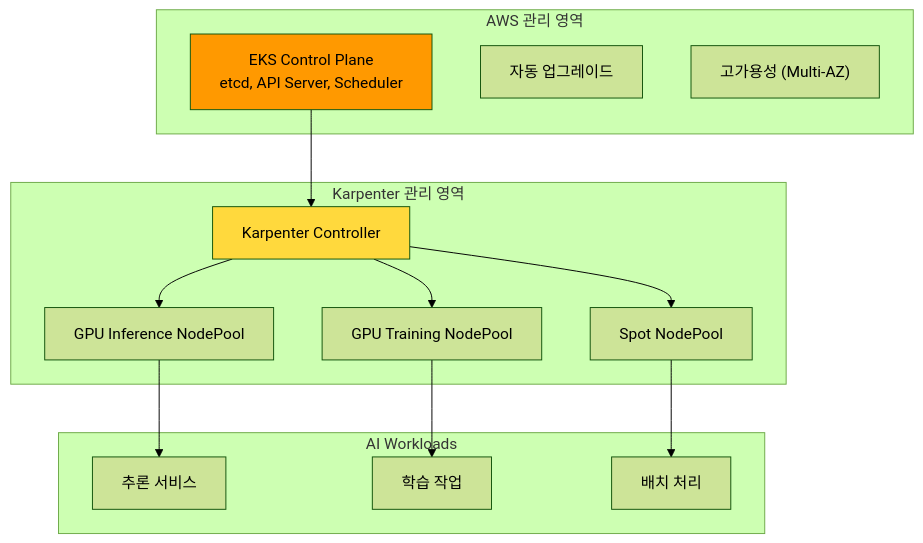
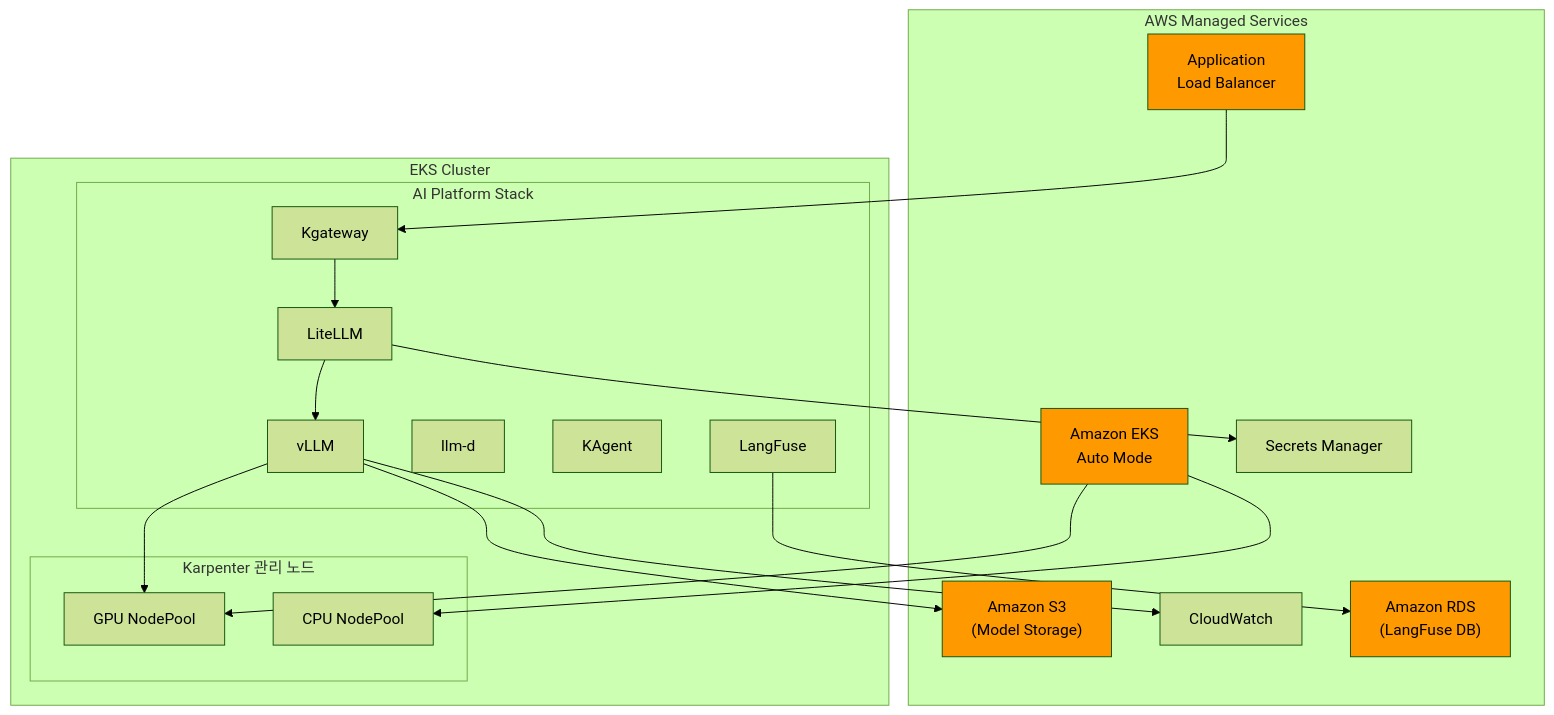
One commit to devfloor9/engineering-playbook changed diagram 34 of 35 in docs/genai-aiml/agentic-ai-challenges.md. Above: the diagram before and after it, drawn with Mermaid (forest theme). The commit also changed other lines of this file, not shown here.

First line of the commit message:
Improve document flow and add TL;DR to agentic-ai-challenges.md

````diff
--- a/docs/genai-aiml/agentic-ai-challenges.md
+++ b/docs/genai-aiml/agentic-ai-challenges.md
@@ -1360,32 +2736,41 @@
 ```mermaid
 graph TB
-    subgraph "AWS 관리 영역"
-        CP["EKS Control Plane<br/>etcd, API Server, Scheduler"]
-        UP["자동 업그레이드"]
-        HA["고가용성 (Multi-AZ)"]
+    subgraph "AWS Managed Services"
+        EKS["Amazon EKS<br/>Auto Mode"]
+        ALB["Application<br/>Load Balancer"]
+        RDS["Amazon RDS<br/>(LangFuse DB)"]
+        S3["Amazon S3<br/>(Model Storage)"]
+        SM["Secrets Manager"]
+        CW["CloudWatch"]
     end
 
-    subgraph "Karpenter 관리 영역"
-        KARP["Karpenter Controller"]
-        NP1["GPU Inference NodePool"]
-        NP2["GPU Training NodePool"]
-        NP3["Spot NodePool"]
+    subgraph "EKS Cluster"
+        subgraph "Karpenter 관리 노드"
+            GPU["GPU NodePool"]
+            CPU["CPU NodePool"]
+        end
+        
+        subgraph "AI Platform Stack"
+            KGW["Kgateway"]
+            LITE["LiteLLM"]
+            VLLM["vLLM"]
+            LLMD["llm-d"]
+            KAGENT["KAgent"]
+            LF["LangFuse"]
+        end
     end
 
-    subgraph "AI Workloads"
-        INF["추론 서비스"]
-        TRAIN["학습 작업"]
-        BATCH["배치 처리"]
-    end
+    EKS --> GPU & CPU
+    ALB --> KGW
+    KGW --> LITE --> VLLM
+    VLLM --> GPU
+    LF --> RDS
+    VLLM --> S3
+    LITE --> SM
+    VLLM --> CW
 
-    CP --> KARP
-    KARP --> NP1
-    KARP --> NP2
-    KARP --> NP3
-    NP1 --> INF
-    NP2 --> TRAIN
-    NP3 --> BATCH
-
-    style CP fill:#ff9900
-    style KARP fill:#ffd93d
+    style EKS fill:#ff9900
+    style ALB fill:#ff9900
+    style RDS fill:#ff9900
+    style S3 fill:#ff9900
 ```
````
